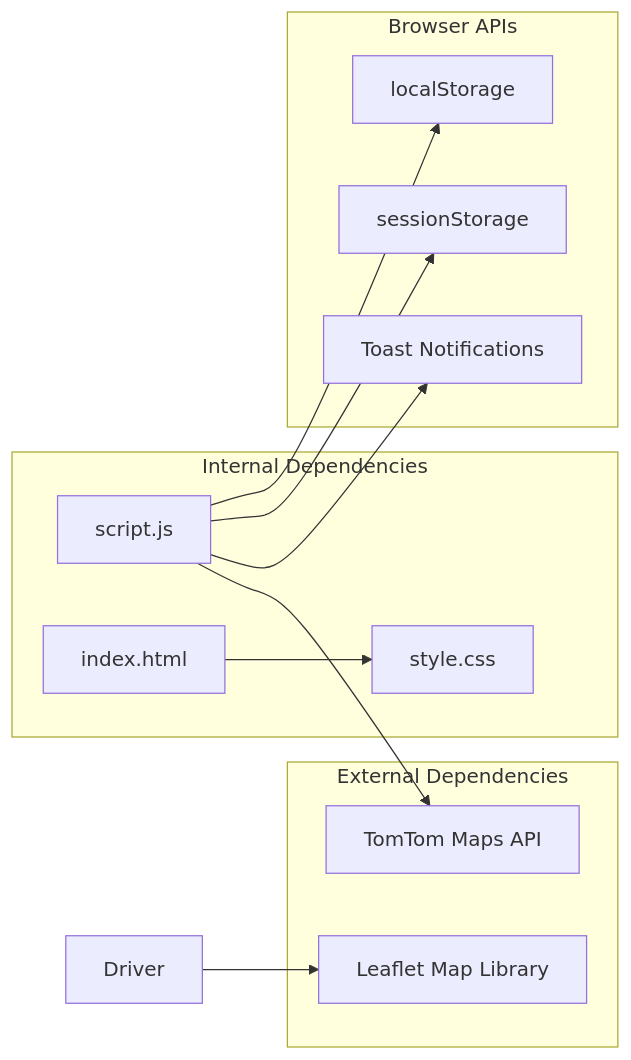
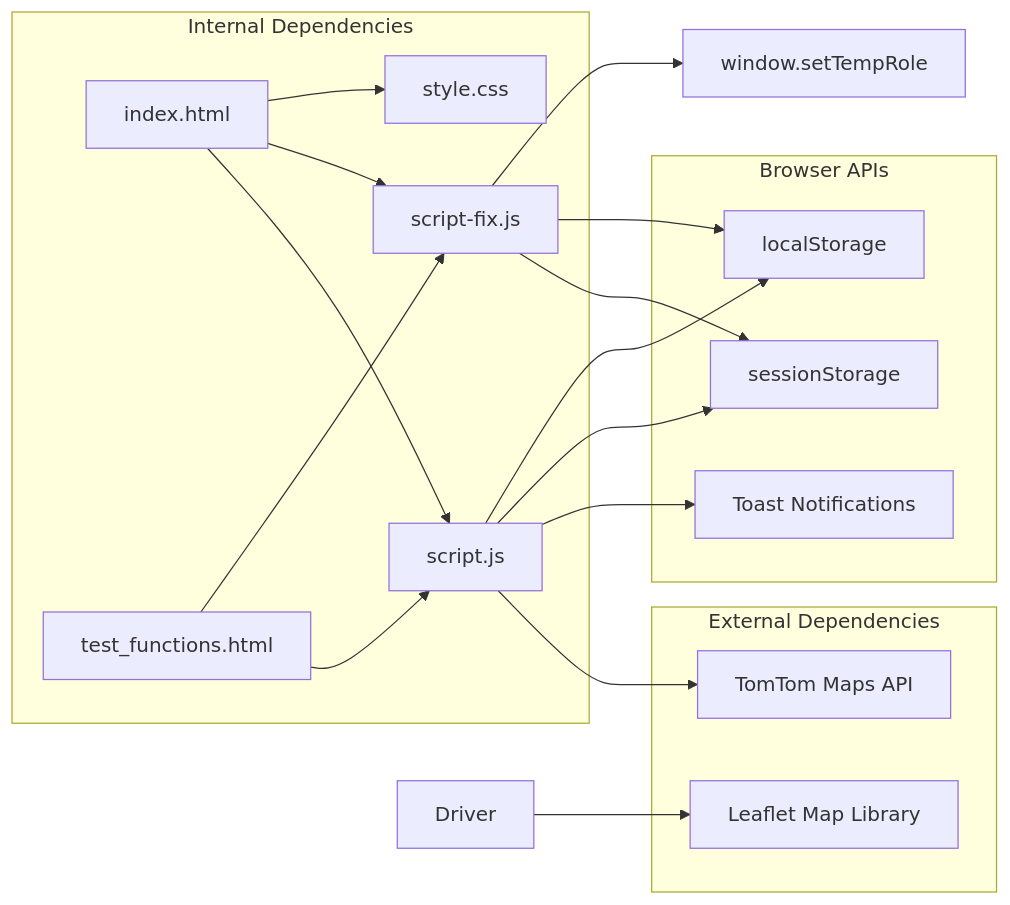
The tenth of 11 diagrams in .qoder/repowiki/en/content/Authentication System.md (Rehanpatel3858/BusTrack-Pro), drawn with Mermaid before and after one commit. The commit also changed other lines of this file and 4 other files, not shown here.

````diff
--- a/.qoder/repowiki/en/content/Authentication System.md
+++ b/.qoder/repowiki/en/content/Authentication System.md
@@ -314,23 +368,32 @@
 ```mermaid
 graph LR
 subgraph "Internal Dependencies"
+ScriptFix[script-fix.js]
 Script[script.js]
 Index[index.html]
 Style[style.css]
+TestFunctions[test_functions.html]
 end
 subgraph "External Dependencies"
 TomTom[TomTom Maps API]
 Leaflet[Leaflet Map Library]
 end
 subgraph "Browser APIs"
 LocalStorage[localStorage]
 SessionStorage[sessionStorage]
 Toast[Toast Notifications]
 end
+ScriptFix --> GlobalWindow[window.setTempRole]
+ScriptFix --> LocalStorage
+ScriptFix --> SessionStorage
 Script --> LocalStorage
 Script --> SessionStorage
 Script --> Toast
 Index --> Style
+Index --> ScriptFix
+Index --> Script
+TestFunctions --> ScriptFix
+TestFunctions --> Script
 Script --> TomTom
 Driver --> Leaflet
 ```
````
